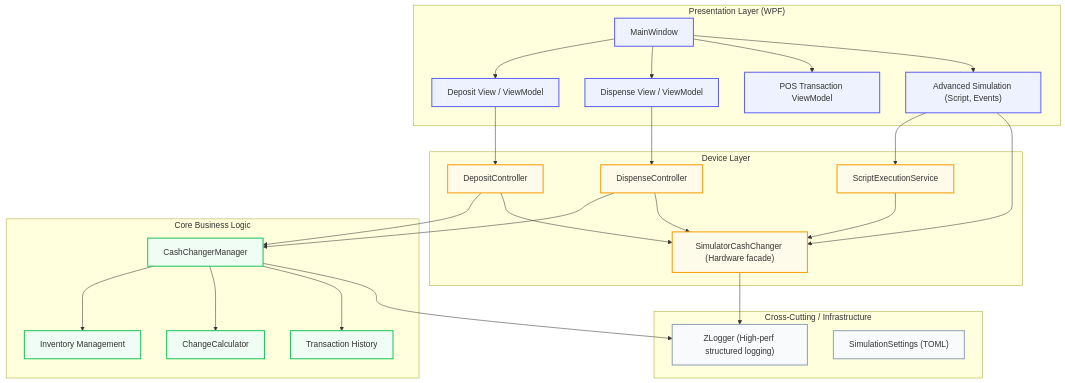
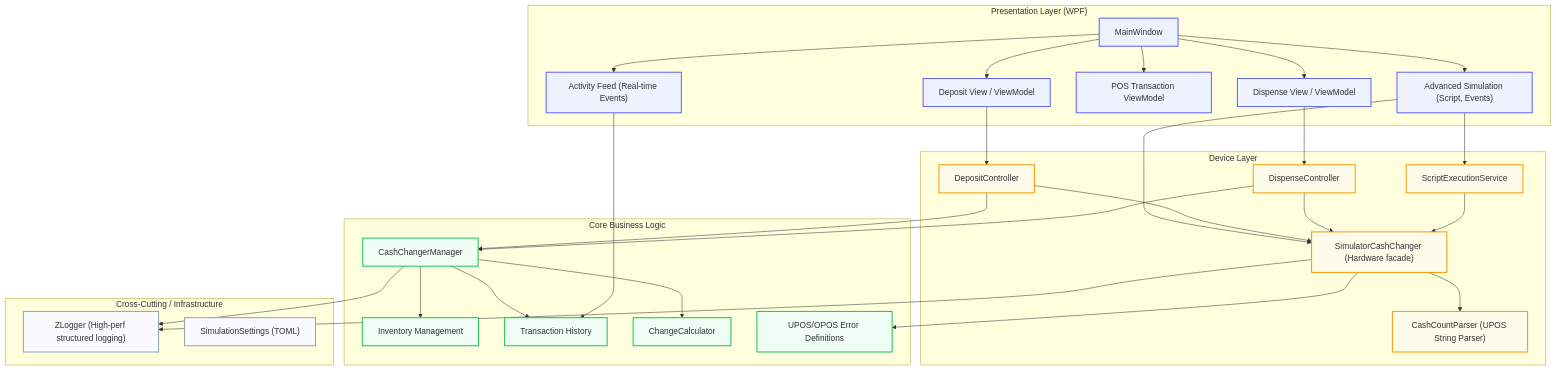
One commit to w-red/CashChangerSimulator changed the diagram in docs/Architecture.md. Above: the diagram before and after it, drawn with Mermaid. The commit also changed other lines of this file and 1 other file, not shown here.

Commit message:
docs: update Architecture.md and add Architecture_JP.md with latest Phase 24 components

````diff
--- a/docs/Architecture.md
+++ b/docs/Architecture.md
@@ -9,69 +9,77 @@
 ```mermaid
 graph TD
     %% Define Styles
     classDef uiLayer fill:#eef2ff,stroke:#6366f1,stroke-width:2px;
     classDef coreLayer fill:#f0fdf4,stroke:#22c55e,stroke-width:2px;
     classDef deviceLayer fill:#fffbeb,stroke:#f59e0b,stroke-width:2px;
     classDef infraLayer fill:#f8fafc,stroke:#94a3b8,stroke-width:2px;
     
     %% UI Layer
     subgraph UI ["Presentation Layer (WPF)"]
         MainWindow["MainWindow"]
         DepositView["Deposit View / ViewModel"]
         DispenseView["Dispense View / ViewModel"]
         PosView["POS Transaction ViewModel"]
         AdvancedSim["Advanced Simulation (Script, Events)"]
+        ActivityFeed["Activity Feed (Real-time Events)"]
     end
-    class MainWindow,DepositView,DispenseView,PosView,AdvancedSim uiLayer
+    class MainWindow,DepositView,DispenseView,PosView,AdvancedSim,ActivityFeed uiLayer
 
     %% Device/Service Layer
     subgraph Device ["Device Layer"]
         DepositController["DepositController"]
         DispenseController["DispenseController"]
         SimCashChanger["SimulatorCashChanger (Hardware facade)"]
+        CashCountParser["CashCountParser (UPOS String Parser)"]
         ScriptService["ScriptExecutionService"]
     end
-    class DepositController,DispenseController,SimCashChanger,ScriptService deviceLayer
+    class DepositController,DispenseController,SimCashChanger,CashCountParser,ScriptService deviceLayer
 
     %% Core Layer
     subgraph Core ["Core Business Logic"]
         Manager["CashChangerManager"]
         Inventory["Inventory Management"]
         History["Transaction History"]
         Calc["ChangeCalculator"]
+        OposCode["UPOS/OPOS Error Definitions"]
     end
-    class Manager,Inventory,History,Calc coreLayer
+    class Manager,Inventory,History,Calc,OposCode coreLayer
 
     %% Infrastructure
     subgraph Infrastructure ["Cross-Cutting / Infrastructure"]
         Logger["ZLogger (High-perf structured logging)"]
         Config["SimulationSettings (TOML)"]
     end
     class Logger,Config infraLayer
 
     %% Relationships
     MainWindow --> DepositView
     MainWindow --> DispenseView
     MainWindow --> PosView
     MainWindow --> AdvancedSim
+    MainWindow --> ActivityFeed
 
     DepositView --> DepositController
     DispenseView --> DispenseController
     AdvancedSim --> ScriptService
     AdvancedSim --> SimCashChanger
 
     DepositController --> Manager
     DepositController --> SimCashChanger
     
     DispenseController --> Manager
     DispenseController --> SimCashChanger
     
     ScriptService --> SimCashChanger
     
+    SimCashChanger --> CashCountParser
+    SimCashChanger --> OposCode
+    
     Manager --> Inventory
     Manager --> Calc
     Manager --> History
     
     SimCashChanger --> Logger
     Manager --> Logger
+    ActivityFeed --> History
 ```
````
